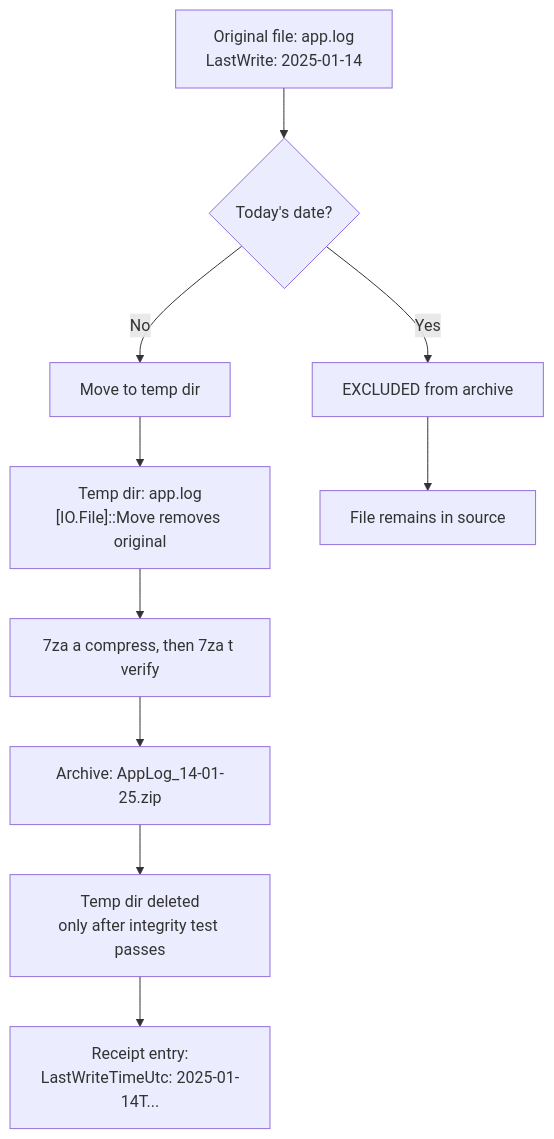
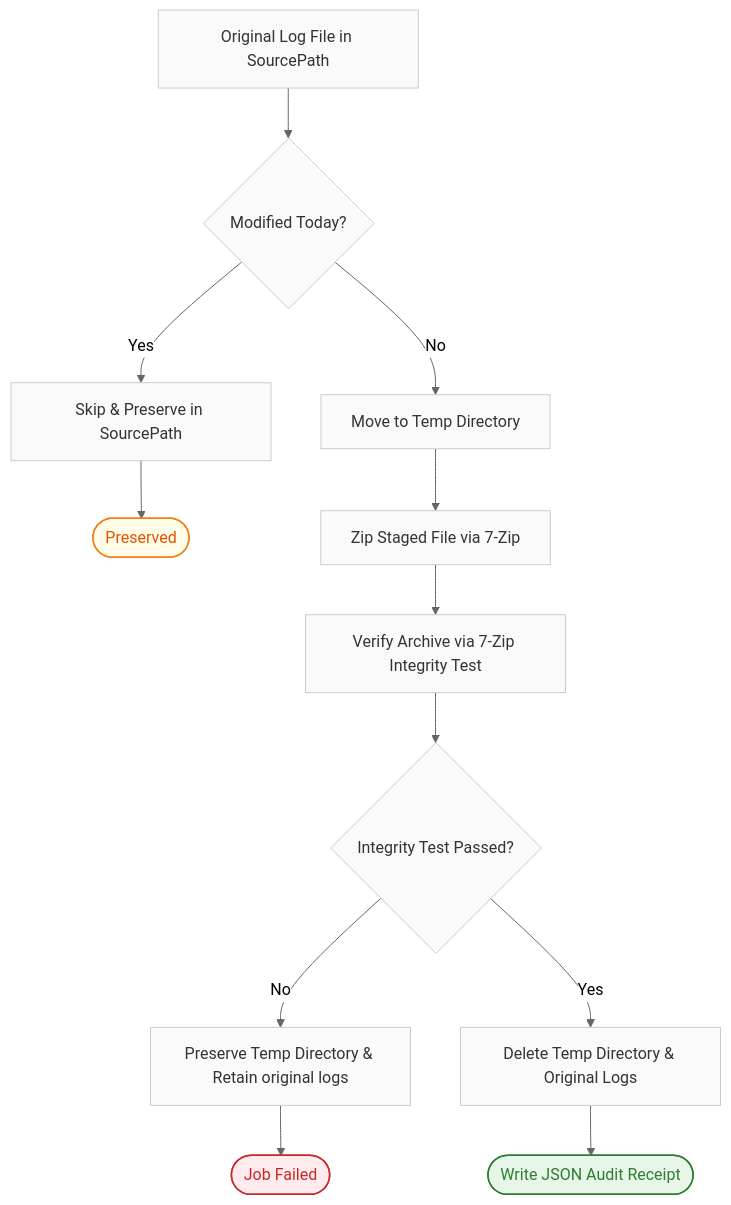
One commit to epuckop/shiny-pancake changed diagram 11 of 14 in docs/design/FLOWCHARTS.md. Above: the diagram before and after it, drawn with Mermaid. The commit also changed other lines of this file and 11 other files, not shown here.

First line of the commit message:
Finalize docs, add JSON schema, rename entry script to main.ps1

````diff
--- a/docs/design/FLOWCHARTS.md
+++ b/docs/design/FLOWCHARTS.md
@@ -259,12 +400,25 @@
 ```mermaid
+%%{init: {'theme': 'neutral', 'themeVariables': { 'fontFamily': 'Segoe UI, system-ui, -apple-system, sans-serif' }}}%%
 flowchart TD
-    A[Original file: app.log<br/>LastWrite: 2025-01-14] --> B{Today's date?}
-    B -->|Yes| C[EXCLUDED from archive]
-    B -->|No| D[Move to temp dir]
-    D --> E["Temp dir: app.log<br/>[IO.File]::Move removes original"]
-    E --> F[7za a compress, then 7za t verify]
-    F --> G[Archive: AppLog_14-01-25.zip]
-    G --> H[Temp dir deleted<br/>only after integrity test passes]
-    H --> I[Receipt entry:<br/>LastWriteTimeUtc: 2025-01-14T...]
-    C --> J[File remains in source]
+    classDef default fill:#fafafa,stroke:#ccc,stroke-width:1px,color:#333;
+    classDef success fill:#e8f5e9,stroke:#2e7d32,stroke-width:1.5px,color:#2e7d32;
+    classDef skip fill:#fffde7,stroke:#f57f17,stroke-width:1.5px,color:#e65100;
+    classDef errNode fill:#ffebee,stroke:#c62828,stroke-width:1.5px,color:#c62828;
+
+    A[Original Log File in SourcePath] --> B{Modified Today?}
+    B -->|Yes| C[Skip & Preserve in SourcePath] --> EndSkip([Preserved])
+    B -->|No| D[Move to Temp Directory]
+    
+    D --> E[Zip Staged File via 7-Zip]
+    E --> F[Verify Archive via 7-Zip Integrity Test]
+    
+    F --> G{Integrity Test Passed?}
+    G -->|No| H[Preserve Temp Directory & Retain original logs] --> EndErr([Job Failed])
+    G -->|Yes| I[Delete Temp Directory & Original Logs]
+    
+    I --> J([Write JSON Audit Receipt])
+
+    class J success;
+    class EndSkip skip;
+    class EndErr errNode;
 ```
````
